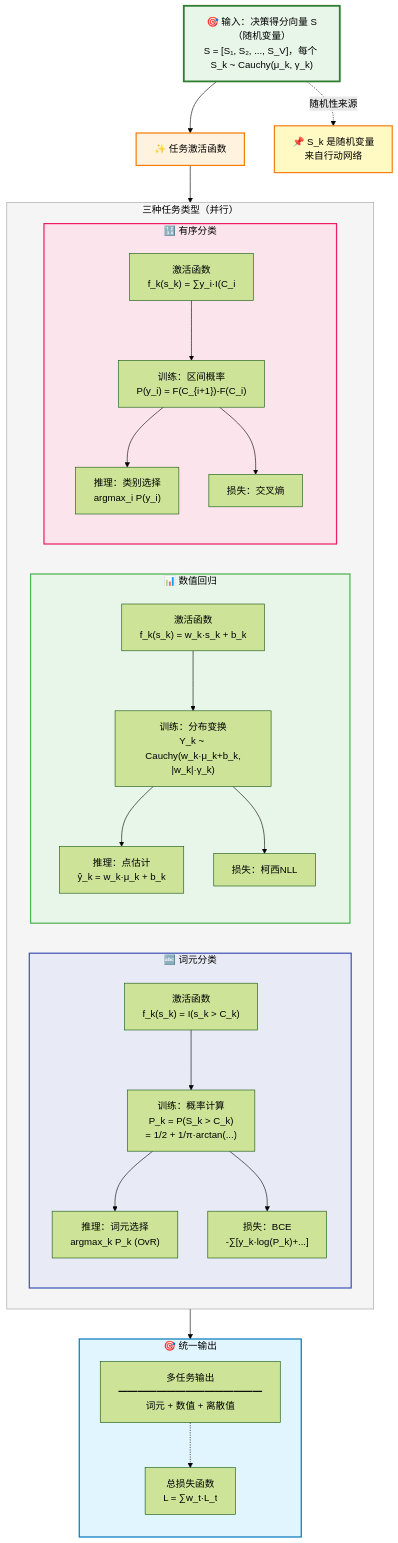
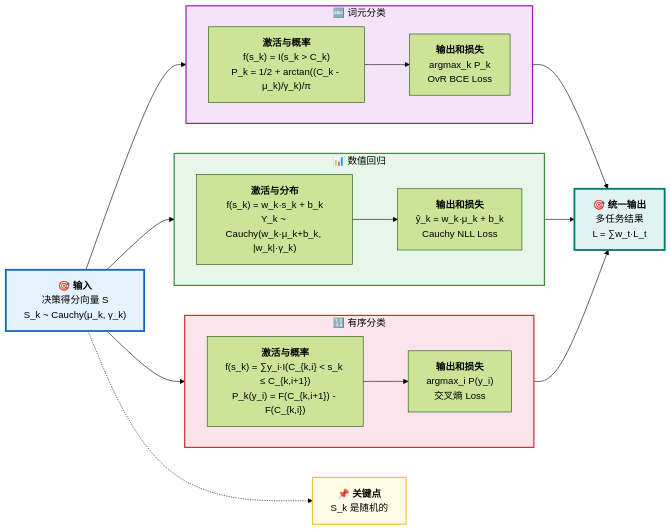
Before and after one commit to 1587causalai/CausalQwen: the seventh of 9 diagrams in causal_engine/MATHEMATICAL_FOUNDATIONS_CN.md, drawn with Mermaid (forest theme). The commit also changed other lines of this file, not shown here.

````diff
--- a/causal_engine/MATHEMATICAL_FOUNDATIONS_CN.md
+++ b/causal_engine/MATHEMATICAL_FOUNDATIONS_CN.md
@@ -397,68 +383,50 @@
 ```mermaid
-graph TB
-    %% 任务激活：三种任务类型的并行处理
+graph LR
+    %% 输入
+    Input["🎯 <b>输入</b><br/>决策得分向量 S<br/>S_k ~ Cauchy(μ_k, γ_k)"]
     
-    Input["🎯 输入：决策得分向量 S（随机变量）<br/>S = [S₁, S₂, ..., S_V]，每个 S_k ~ Cauchy(μ_k, γ_k)"] 
+    %% 直接连接到三个并行任务分支
+    Input --> Token
+    Input --> Numeric
+    Input --> Discrete
     
-    Input --> Title["✨ 任务激活函数"]
-    
-    Title --> Tasks
-    
-    subgraph Tasks ["三种任务类型（并行）"]
+    subgraph Token ["🔤 词元分类"]
         direction LR
-        
-        subgraph Token ["🔤 词元分类"]
-            direction TB
-            T1["激活函数<br/>f_k(s_k) = I(s_k > C_k)"]
-            T2["训练：概率计算<br/>P_k = P(S_k > C_k)<br/>= 1/2 + 1/π·arctan(...)"]
-            T3["推理：词元选择<br/>argmax_k P_k (OvR)"]
-            T4["损失：BCE<br/>-∑[y_k·log(P_k)+...]"]
-            T1 --> T2 --> T3
-            T2 --> T4
-        end
-        
-        subgraph Numeric ["📊 数值回归"]
-            direction TB
-            N1["激活函数<br/>f_k(s_k) = w_k·s_k + b_k"]
-            N2["训练：分布变换<br/>Y_k ~ Cauchy(w_k·μ_k+b_k,<br/>|w_k|·γ_k)"]
-            N3["推理：点估计<br/>ŷ_k = w_k·μ_k + b_k"]
-            N4["损失：柯西NLL"]
-            N1 --> N2 --> N3
-            N2 --> N4
-        end
-        
-        subgraph Discrete ["🔢 有序分类"]
-            direction TB
-            D1["激活函数<br/>f_k(s_k) = ∑y_i·I(C_i<s_k≤C_{i+1})"]
-            D2["训练：区间概率<br/>P(y_i) = F(C_{i+1})-F(C_i)"]
-            D3["推理：类别选择<br/>argmax_i P(y_i)"]
-            D4["损失：交叉熵"]
-            D1 --> D2 --> D3
-            D2 --> D4
-        end
+        T1["<b>激活与概率</b><br/>f(s_k) = I(s_k > C_k)<br/>P_k = 1/2 + arctan((C_k - μ_k)/γ_k)/π"]
+        T2["<b>输出和损失</b><br/>argmax_k P_k <br/>OvR BCE Loss"]
+        T1 --> T2
     end
     
-    Tasks --> Integration
-    
-    subgraph Integration ["🎯 统一输出"]
-        direction TB
-        Out1["多任务输出<br/>━━━━━━━━━━━━━━━<br/>词元 + 数值 + 离散值"]
-        Loss1["总损失函数<br/>L = ∑w_t·L_t"]
-        Out1 -.-> Loss1
+    subgraph Numeric ["📊 数值回归"]
+        direction LR
+        N1["<b>激活与分布</b><br/>f(s_k) = w_k·s_k + b_k<br/>Y_k ~ Cauchy(w_k·μ_k+b_k, |w_k|·γ_k)"]
+        N2["<b>输出和损失</b><br/>ŷ_k = w_k·μ_k + b_k <br/> Cauchy NLL Loss"]
+        N1 --> N2
     end
     
-    %% 强调随机性
-    Input -.->|"随机性来源"| Note["📌 S_k 是随机变量<br/>来自行动网络"]
+    subgraph Discrete ["🔢 有序分类"]
+        direction LR
+        D1["<b>激活与概率</b><br/>f(s_k) = ∑y_i·I(C_{k,i} < s_k ≤ C_{k,i+1})<br/>P_k(y_i) = F(C_{k,i+1}) - F(C_{k,i})"]
+        D2["<b>输出和损失</b><br/>argmax_i P(y_i) <br/>交叉熵 Loss"]
+        D1 --> D2
+    end
+    
+    %% 输出整合
+    Token --> Output
+    Numeric --> Output
+    Discrete --> Output
+    
+    Output["🎯 <b>统一输出</b><br/>多任务结果<br/>L = ∑w_t·L_t"]
+    
+    %% 注释
+    Input -.-> Note["📌 <b>关键点</b><br/>S_k 是随机的"]
     
     %% 样式定义
-    style Input fill:#e8f5e9,stroke:#2e7d32,stroke-width:3px,color:#000
-    style Title fill:#fff3e0,stroke:#f57c00,stroke-width:2px,color:#000
-    style Tasks fill:#f5f5f5,stroke:#9e9e9e,stroke-width:1px,color:#000
-    style Integration fill:#e1f5fe,stroke:#0277bd,stroke-width:2px,color:#000
+    style Input fill:#e3f2fd,stroke:#1565c0,stroke-width:3px,color:#000
+    style Output fill:#e0f2f1,stroke:#00796b,stroke-width:3px,color:#000
+    style Note fill:#fffde7,stroke:#fbc02d,stroke-width:2px,color:#000
     
-    style Token fill:#e8eaf6,stroke:#3f51b5,stroke-width:2px,color:#000
-    style Numeric fill:#e8f5e9,stroke:#4caf50,stroke-width:2px,color:#000
-    style Discrete fill:#fce4ec,stroke:#e91e63,stroke-width:2px,color:#000
-    
-    style Note fill:#fff9c4,stroke:#f57f17,stroke-width:2px,color:#000
+    style Token fill:#f3e5f5,stroke:#8e24aa,stroke-width:2px,color:#000
+    style Numeric fill:#e8f5e9,stroke:#388e3c,stroke-width:2px,color:#000
+    style Discrete fill:#fce4ec,stroke:#d32f2f,stroke-width:2px,color:#000
 ```
````
